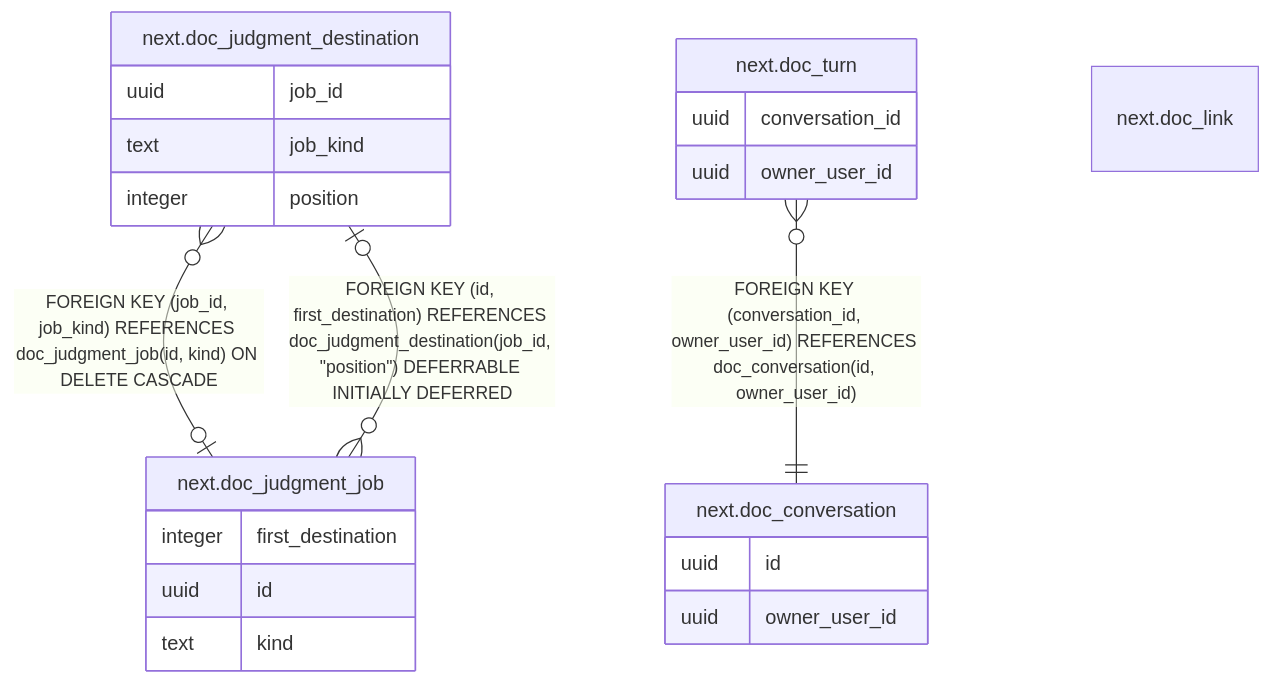
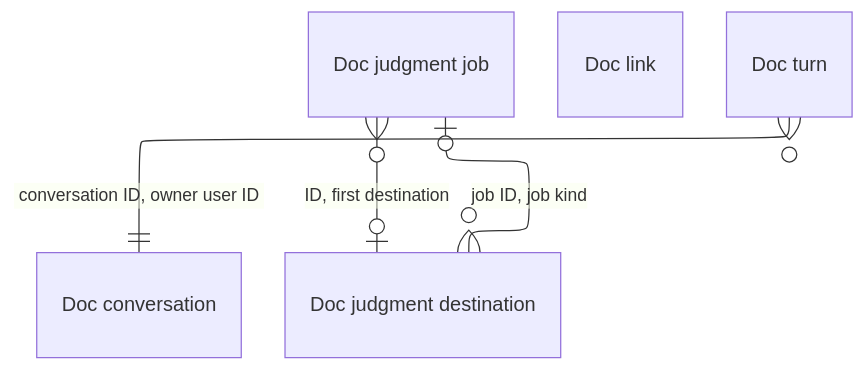
Before and after one commit to DoctorCRE/doctorcre-engine: the diagram in docs/database/tables/viewpoint-doc.md, drawn with Mermaid. The commit also changed other lines of this file and 29 other files, not shown here.

````diff
--- a/docs/database/tables/viewpoint-doc.md
+++ b/docs/database/tables/viewpoint-doc.md
@@ -19,28 +3,18 @@
 ```mermaid
+---
+config:
+  layout: elk
+  er:
+    nodeSpacing: 22
+    rankSpacing: 44
+---
 erDiagram
-
-"next.doc_judgment_destination" }o--o| "next.doc_judgment_job" : "FOREIGN KEY (job_id, job_kind) REFERENCES doc_judgment_job(id, kind) ON DELETE CASCADE"
-"next.doc_judgment_job" }o--o| "next.doc_judgment_destination" : "FOREIGN KEY (id, first_destination) REFERENCES doc_judgment_destination(job_id, #quot;position#quot;) DEFERRABLE INITIALLY DEFERRED"
-"next.doc_turn" }o--|| "next.doc_conversation" : "FOREIGN KEY (conversation_id, owner_user_id) REFERENCES doc_conversation(id, owner_user_id)"
-
-"next.doc_conversation" {
-  uuid id
-  uuid owner_user_id
-}
-"next.doc_judgment_destination" {
-  uuid job_id
-  text job_kind
-  integer position
-}
-"next.doc_judgment_job" {
-  integer first_destination
-  uuid id
-  text kind
-}
-"next.doc_link" {
-}
-"next.doc_turn" {
-  uuid conversation_id
-  uuid owner_user_id
-}
+  "Doc conversation"
+  "Doc judgment destination"
+  "Doc judgment job"
+  "Doc link"
+  "Doc turn"
+  "Doc judgment destination" }o--o| "Doc judgment job" : "job ID, job kind"
+  "Doc judgment job" }o--o| "Doc judgment destination" : "ID, first destination"
+  "Doc turn" }o--|| "Doc conversation" : "conversation ID, owner user ID"
 ```
````
